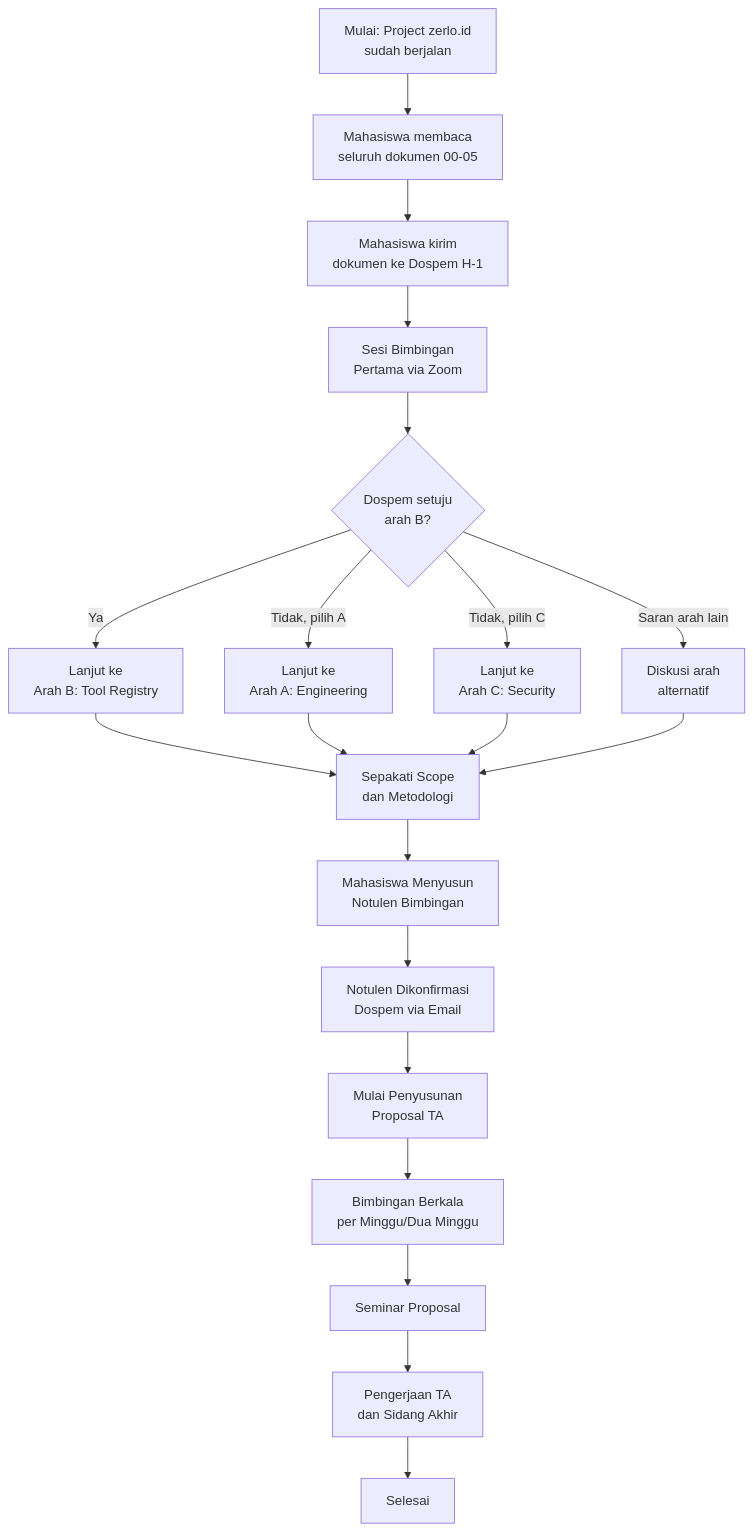
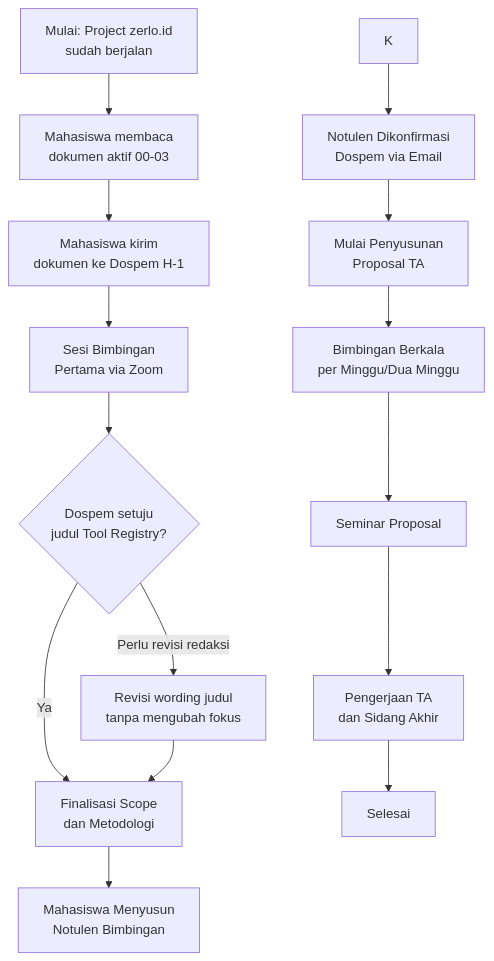
One commit to emaranalytics/tugas-akhir-si-unsia changed the diagram in README.md. Above: the diagram before and after it, drawn with Mermaid. The commit also changed other lines of this file and 8 other files, not shown here.

Commit message:
Finalize Tool Registry thesis title

````diff
--- a/README.md
+++ b/README.md
@@ -252,22 +224,17 @@
 ```mermaid
 flowchart TD
-    A[Mulai: Project zerlo.id<br/>sudah berjalan] --> B[Mahasiswa membaca<br/>seluruh dokumen 00-05]
+    A[Mulai: Project zerlo.id<br/>sudah berjalan] --> B[Mahasiswa membaca<br/>dokumen aktif 00-03]
     B --> C[Mahasiswa kirim<br/>dokumen ke Dospem H-1]
     C --> D[Sesi Bimbingan<br/>Pertama via Zoom]
-    D --> E{Dospem setuju<br/>arah B?}
-    E -->|Ya| F[Lanjut ke<br/>Arah B: Tool Registry]
-    E -->|Tidak, pilih A| G[Lanjut ke<br/>Arah A: Engineering]
-    E -->|Tidak, pilih C| H[Lanjut ke<br/>Arah C: Security]
-    E -->|Saran arah lain| I[Diskusi arah<br/>alternatif]
-    F --> J[Sepakati Scope<br/>dan Metodologi]
-    G --> J
-    H --> J
-    I --> J
-    J --> K[Mahasiswa Menyusun<br/>Notulen Bimbingan]
+    D --> E{Dospem setuju<br/>judul Tool Registry?}
+    E -->|Ya| F[Finalisasi Scope<br/>dan Metodologi]
+    E -->|Perlu revisi redaksi| I[Revisi wording judul<br/>tanpa mengubah fokus]
+    I --> F
+    F --> J[Mahasiswa Menyusun<br/>Notulen Bimbingan]
     K --> L[Notulen Dikonfirmasi<br/>Dospem via Email]
     L --> M[Mulai Penyusunan<br/>Proposal TA]
     M --> N[Bimbingan Berkala<br/>per Minggu/Dua Minggu]
     N --> O[Seminar Proposal]
     O --> P[Pengerjaan TA<br/>dan Sidang Akhir]
     P --> Q[Selesai]
 ```
````
